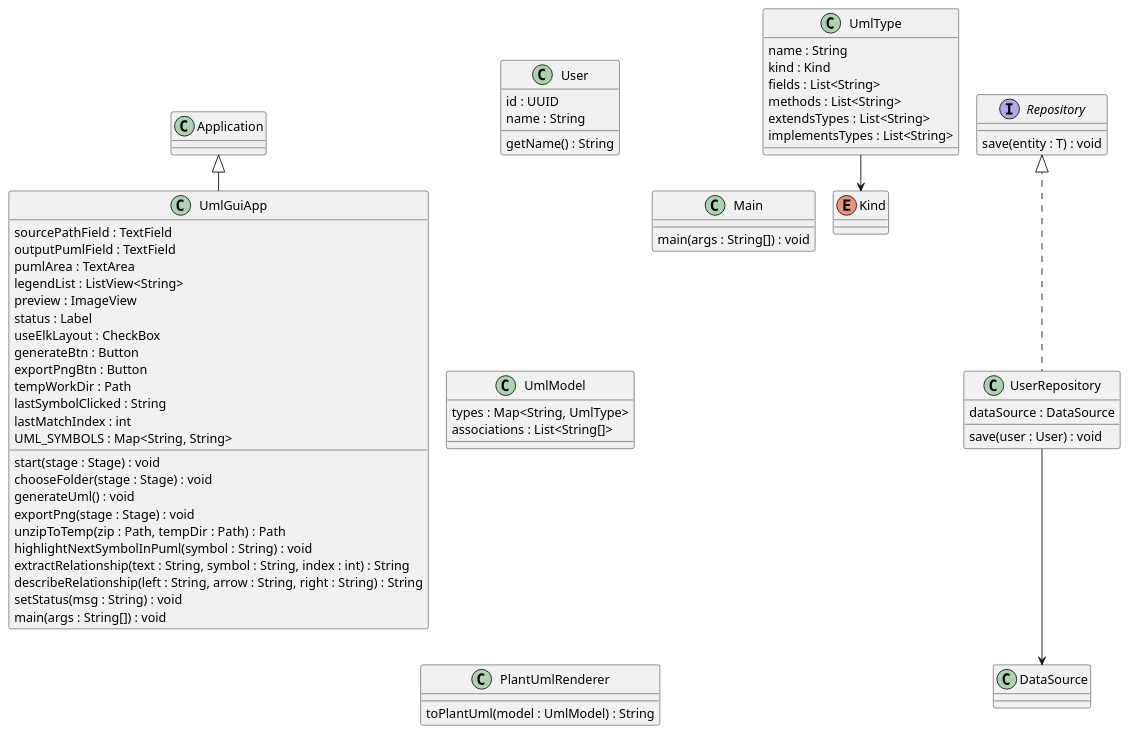
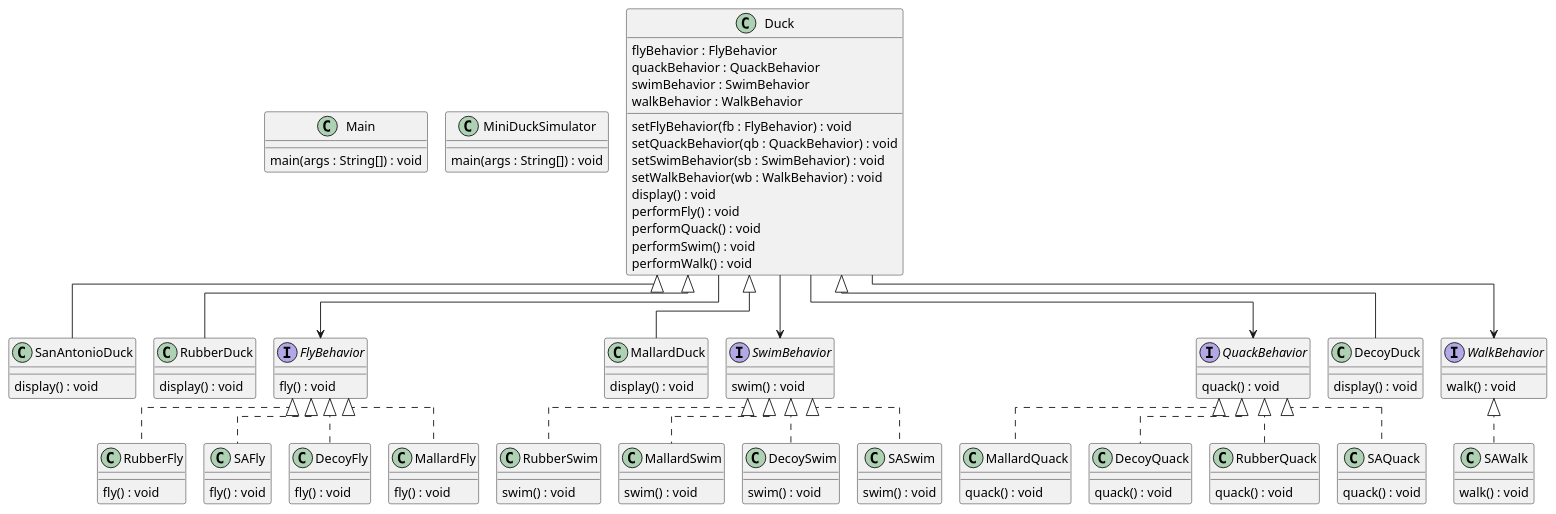
One commit to jcastillo0220/Source_Code_Visualizer.SE1-Final changed the diagram in diagram.puml. Above: the diagram before and after it, drawn with PlantUML. The commit also changed 10 other files, not shown here.

```diff
--- a/diagram.puml
+++ b/diagram.puml
@@ -1,67 +1,109 @@
 @startuml
 !pragma layout elk
 skinparam classAttributeIconSize 0
-class DataSource {
+class DecoyDuck {
+  display() : void
 }
-interface Repository {
-  save(entity : T) : void
+Duck <|-- DecoyDuck
+class DecoyFly {
+  fly() : void
 }
-class User {
-  id : UUID
-  name : String
-  getName() : String
+FlyBehavior <|.. DecoyFly
+class DecoyQuack {
+  quack() : void
 }
-class UserRepository {
-  dataSource : DataSource
-  save(user : User) : void
+QuackBehavior <|.. DecoyQuack
+class DecoySwim {
+  swim() : void
 }
-Repository <|.. UserRepository
-class UmlGuiApp {
-  sourcePathField : TextField
-  outputPumlField : TextField
-  pumlArea : TextArea
-  legendList : ListView<String>
-  preview : ImageView
-  status : Label
-  useElkLayout : CheckBox
-  generateBtn : Button
-  exportPngBtn : Button
-  tempWorkDir : Path
-  lastSymbolClicked : String
-  lastMatchIndex : int
-  UML_SYMBOLS : Map<String, String>
-  start(stage : Stage) : void
-  chooseFolder(stage : Stage) : void
-  generateUml() : void
-  exportPng(stage : Stage) : void
-  unzipToTemp(zip : Path, tempDir : Path) : Path
-  highlightNextSymbolInPuml(symbol : String) : void
-  extractRelationship(text : String, symbol : String, index : int) : String
-  describeRelationship(left : String, arrow : String, right : String) : String
-  setStatus(msg : String) : void
-  main(args : String[]) : void
+SwimBehavior <|.. DecoySwim
+class Duck {
+  flyBehavior : FlyBehavior
+  quackBehavior : QuackBehavior
+  swimBehavior : SwimBehavior
+  walkBehavior : WalkBehavior
+  setFlyBehavior(fb : FlyBehavior) : void
+  setQuackBehavior(qb : QuackBehavior) : void
+  setSwimBehavior(sb : SwimBehavior) : void
+  setWalkBehavior(wb : WalkBehavior) : void
+  display() : void
+  performFly() : void
+  performQuack() : void
+  performSwim() : void
+  performWalk() : void
 }
-Application <|-- UmlGuiApp
+interface FlyBehavior {
+  fly() : void
+}
 class Main {
   main(args : String[]) : void
 }
-class UmlModel {
-  types : Map<String, UmlType>
-  associations : List<String[]>
+class MallardDuck {
+  display() : void
 }
-class UmlType {
-  name : String
-  kind : Kind
-  fields : List<String>
-  methods : List<String>
-  extendsTypes : List<String>
-  implementsTypes : List<String>
+Duck <|-- MallardDuck
+class MallardFly {
+  fly() : void
 }
-enum Kind {
+FlyBehavior <|.. MallardFly
+class MallardQuack {
+  quack() : void
 }
-class PlantUmlRenderer {
-  toPlantUml(model : UmlModel) : String
+QuackBehavior <|.. MallardQuack
+class MallardSwim {
+  swim() : void
 }
-UserRepository --> DataSource
-UmlType --> Kind
+SwimBehavior <|.. MallardSwim
+class MiniDuckSimulator {
+  main(args : String[]) : void
+}
+interface QuackBehavior {
+  quack() : void
+}
+class RubberDuck {
+  display() : void
+}
+Duck <|-- RubberDuck
+class RubberFly {
+  fly() : void
+}
+FlyBehavior <|.. RubberFly
+class RubberQuack {
+  quack() : void
+}
+QuackBehavior <|.. RubberQuack
+class RubberSwim {
+  swim() : void
+}
+SwimBehavior <|.. RubberSwim
+class SAFly {
+  fly() : void
+}
+FlyBehavior <|.. SAFly
+class SanAntonioDuck {
+  display() : void
+}
+Duck <|-- SanAntonioDuck
+class SAQuack {
+  quack() : void
+}
+QuackBehavior <|.. SAQuack
+class SASwim {
+  swim() : void
+}
+SwimBehavior <|.. SASwim
+class SAWalk {
+  walk() : void
+}
+WalkBehavior <|.. SAWalk
+interface SwimBehavior {
+  swim() : void
+}
+interface WalkBehavior {
+  walk() : void
+}
+Duck --> FlyBehavior
+Duck --> QuackBehavior
+Duck --> SwimBehavior
+Duck --> WalkBehavior
 @enduml
```
